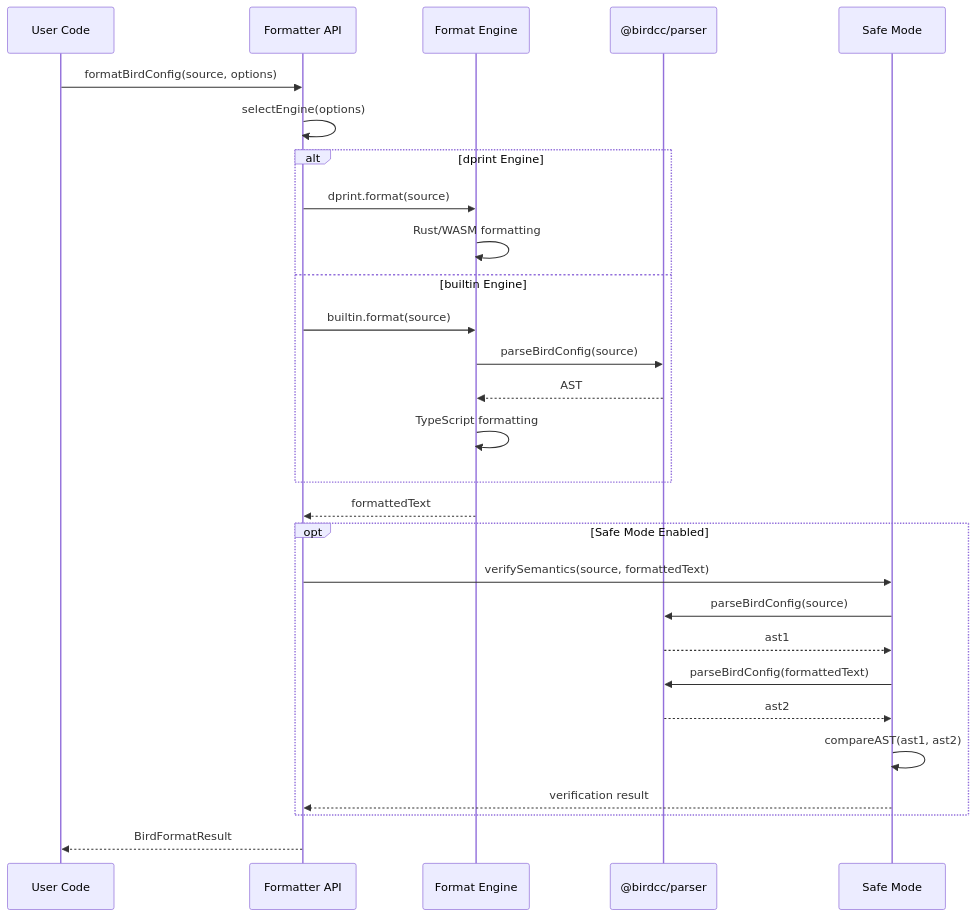
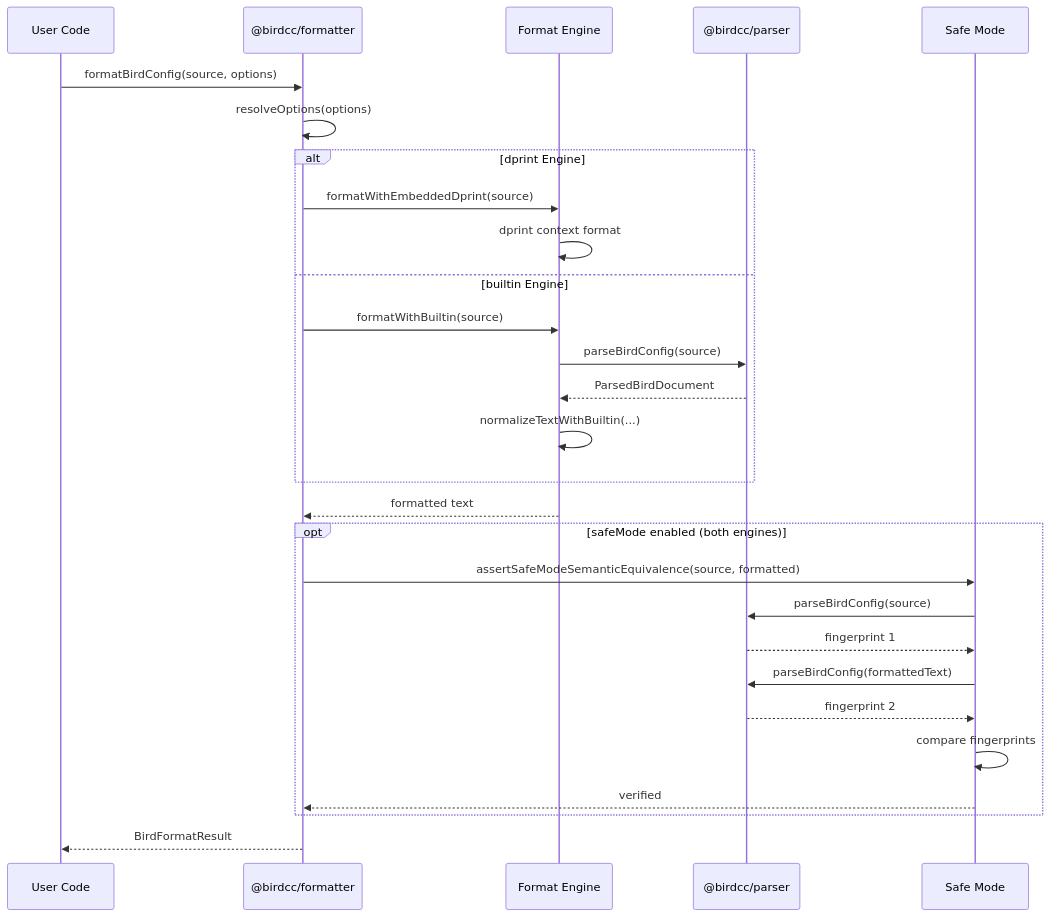
Before and after one commit to bird-chinese-community/BIRD-LSP: the second of 4 diagrams in packages/@birdcc/formatter/README.md, drawn with Mermaid. The commit also changed other lines of this file and 5 other files, not shown here.

Commit message:
docs(mermaid): Unify diagram palette and split by layer

````diff
--- a/packages/@birdcc/formatter/README.md
+++ b/packages/@birdcc/formatter/README.md
@@ -236,35 +240,35 @@
 ```mermaid
 sequenceDiagram
     participant User as User Code
-    participant API as Formatter API
+    participant API as @birdcc/formatter
     participant Engine as Format Engine
     participant Parser as @birdcc/parser
     participant Safe as Safe Mode
 
     User->>API: formatBirdConfig(source, options)
-    API->>API: selectEngine(options)
+    API->>API: resolveOptions(options)
 
     alt dprint Engine
-        API->>Engine: dprint.format(source)
-        Engine->>Engine: Rust/WASM formatting
+        API->>Engine: formatWithEmbeddedDprint(source)
+        Engine->>Engine: dprint context format
     else builtin Engine
-        API->>Engine: builtin.format(source)
+        API->>Engine: formatWithBuiltin(source)
         Engine->>Parser: parseBirdConfig(source)
-        Parser-->>Engine: AST
-        Engine->>Engine: TypeScript formatting
+        Parser-->>Engine: ParsedBirdDocument
+        Engine->>Engine: normalizeTextWithBuiltin(...)
     end
 
-    Engine-->>API: formattedText
+    Engine-->>API: formatted text
 
-    opt Safe Mode Enabled
-        API->>Safe: verifySemantics(source, formattedText)
+    opt safeMode enabled (both engines)
+        API->>Safe: assertSafeModeSemanticEquivalence(source, formatted)
         Safe->>Parser: parseBirdConfig(source)
-        Parser-->>Safe: ast1
+        Parser-->>Safe: fingerprint 1
         Safe->>Parser: parseBirdConfig(formattedText)
-        Parser-->>Safe: ast2
-        Safe->>Safe: compareAST(ast1, ast2)
-        Safe-->>API: verification result
+        Parser-->>Safe: fingerprint 2
+        Safe->>Safe: compare fingerprints
+        Safe-->>API: verified
     end
 
     API-->>User: BirdFormatResult
 ```
````
